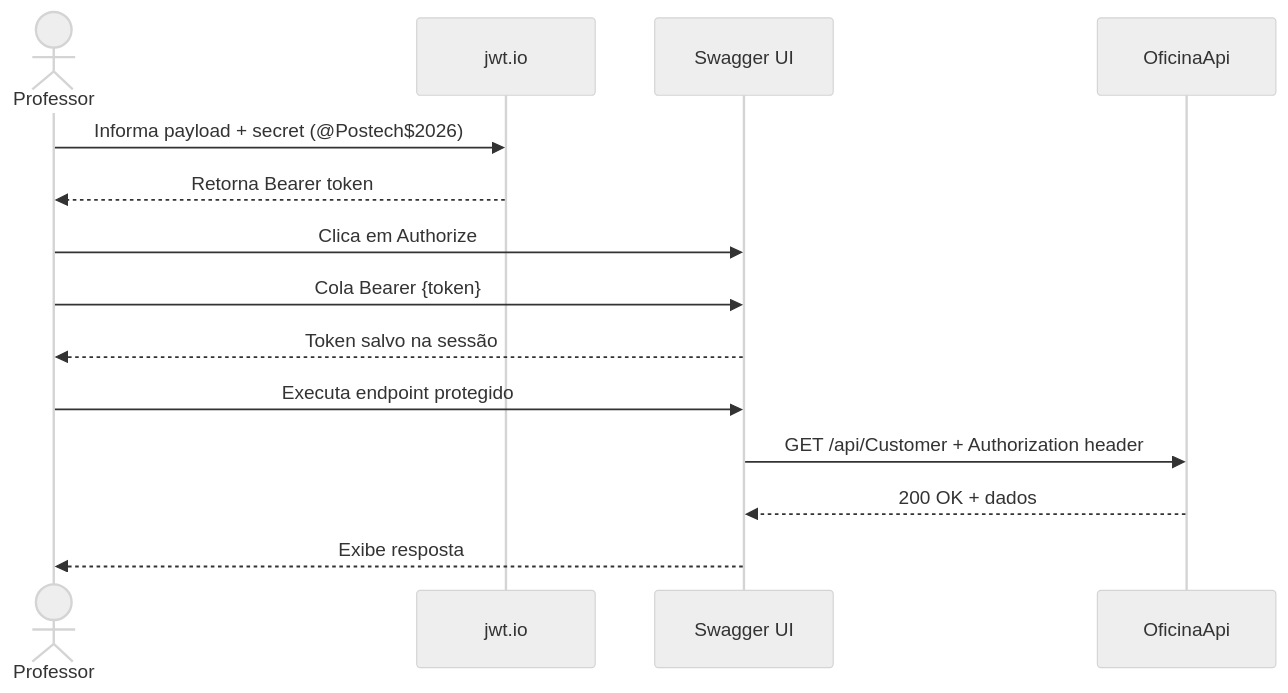
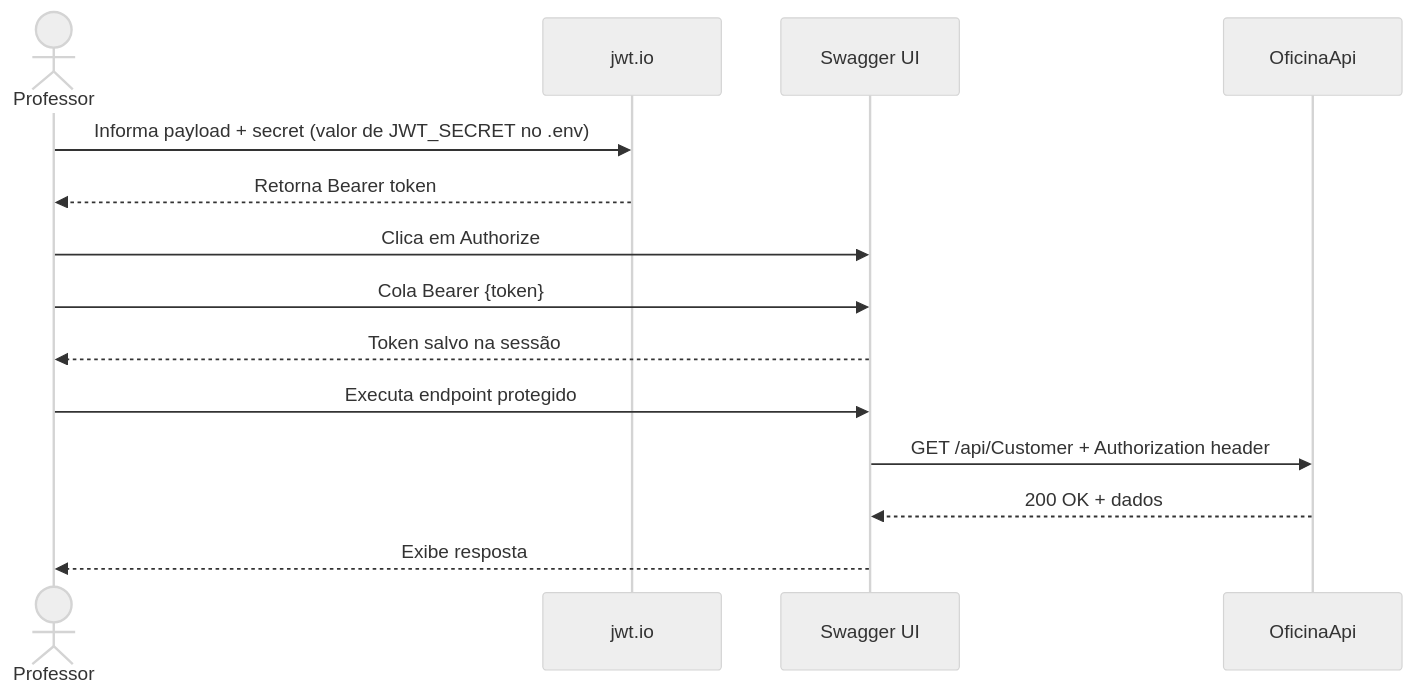
The fourth of 5 diagrams in README.md (jaimorais2007/oficina-mecanica-api), drawn with Mermaid (neutral theme) before and after one commit. The commit also changed other lines of this file, not shown here.

First line of the commit message:
docs: fix stale JWT secret in README (auth was silently broken)

````diff
--- a/README.md
+++ b/README.md
@@ -172,19 +172,19 @@
 ```mermaid
 sequenceDiagram
     actor Prof as Professor
     participant JwtIo as jwt.io
     participant Swagger as Swagger UI
     participant API as OficinaApi
 
-    Prof->>JwtIo: Informa payload + secret (@Postech$2026)
+    Prof->>JwtIo: Informa payload + secret (valor de JWT_SECRET no .env)
     JwtIo-->>Prof: Retorna Bearer token
 
     Prof->>Swagger: Clica em Authorize
     Prof->>Swagger: Cola Bearer {token}
     Swagger-->>Prof: Token salvo na sessão
 
     Prof->>Swagger: Executa endpoint protegido
     Swagger->>API: GET /api/Customer + Authorization header
     API-->>Swagger: 200 OK + dados
     Swagger-->>Prof: Exibe resposta
 ```
````
